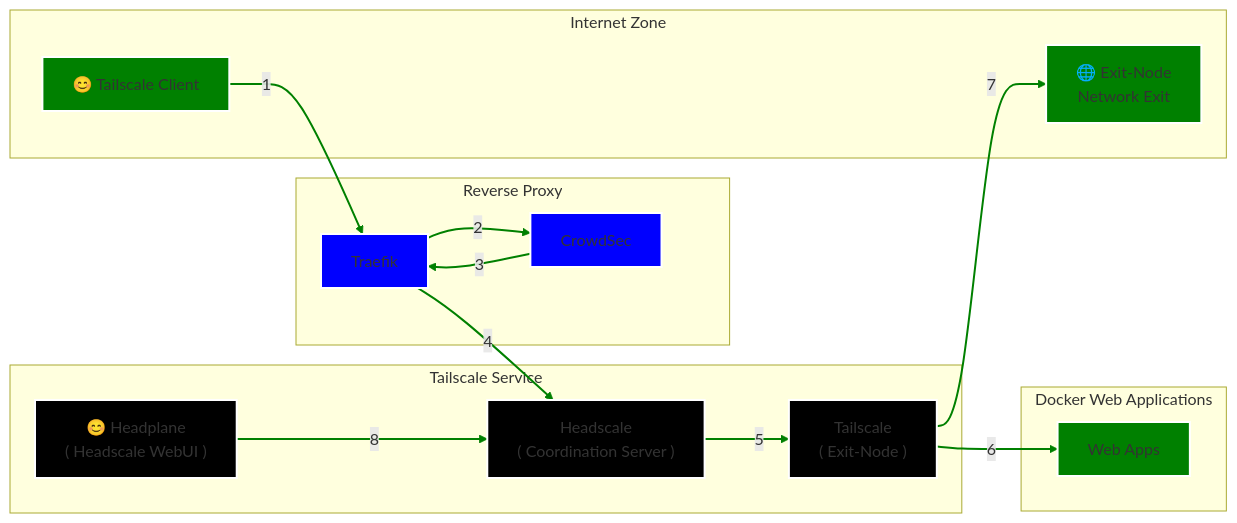
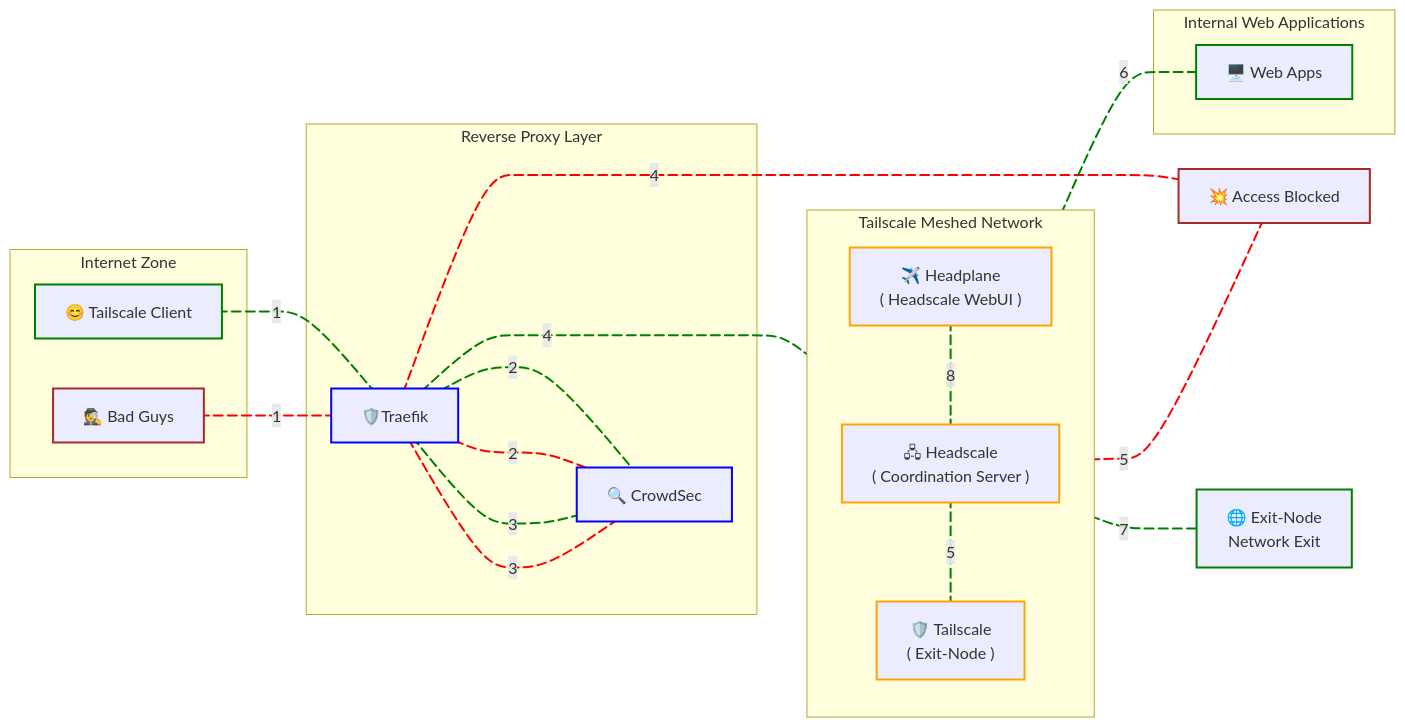
One commit to avnit/mediastack changed the sixth of 6 diagrams in base-working-files/README.md. Above: the diagram before and after it, drawn with Mermaid. The commit also changed other lines of this file and 4 other files, not shown here.

Commit message:
Update network architecture diagrams

````diff
--- a/base-working-files/README.md
+++ b/base-working-files/README.md
@@ -611,52 +830,78 @@
 ``` mermaid
 flowchart LR
-  %% Subgraph: Internet Zone
   subgraph subGraph0["Internet Zone"]
-    goodguy["😊 Tailscale Client"]
-    exit["🌐 Exit-Node<p>Network Exit"]
+    client["😊 Tailscale Client"]
+    badguy["🕵 Bad Guys"]
+  end
+  subgraph subGraph1["Reverse Proxy Layer"]
+    traefik["🛡️Traefik"]
+    crowdsec["🔍 CrowdSec"]
+  end
+  subgraph subGraph2["Tailscale Meshed Network"]
+    traefik    traefik_headscale@    -- 4 ---  headscale
+    headplane  headplane_headscale@  -- 8 ---  headscale
+    direction TB
+    headplane["✈️ Headplane<br>( Headscale WebUI )"]
+    headscale["🖧 Headscale<br>( Coordination Server )"]
+    tailscale["🛡️ Tailscale<br>( Exit-Node )"]
+  end
+  subgraph subGraph3["Internal Web Applications"]
+    headscale
+    webapp["🖥️ Web Apps"]
   end
 
-  %% Subgraph: Reverse Proxy Layer
-  subgraph subGraph1["Reverse Proxy"]
-    crowdsec["CrowdSec"]
-    traefik["Traefik"]
-  end
+  block["💥 Access Blocked"]
+  exit["🌐 Exit-Node<p>Network Exit"]
+  client     client_traefik@       -- 1 ---  traefik
+  badguy     badguy_traefik@       -- 1 ---  traefik
+  traefik    traefik_crowdsec_0@   -- 2 ---- crowdsec
+  traefik    traefik_crowdsec_1@   -- 2 ---- crowdsec
+  crowdsec   crowdsec_traefik_0@   -- 3 ---- traefik
+  crowdsec   crowdsec_traefik_1@   -- 3 ---- traefik
+  traefik    traefik_block@        -- 4 ---  block
+  headscale  headscale_tailscale@  -- 5 ---  tailscale
+  headscale  headscale_block@      -- 5 ---  block
+  tailscale  tailscale_webapp@     -- 6 ---  webapp
+  tailscale  tailscale_exit@       -- 7 ---  exit
+  crowdsec                         ~~~       headplane
 
-  %% Subgraph: Tailscale Service
-  subgraph subGraph2["Tailscale Service"]
-    headscale["Headscale<br>( Coordination Server )"]
-    headplane["😊 Headplane<br>( Headscale WebUI )"]
-    tailscale["Tailscale<br>( Exit-Node )"]
-  end
+  style client     stroke:green,        stroke-width:2px
+  style badguy     stroke:brown,        stroke-width:2px
+  style traefik    stroke:blue,         stroke-width:2px
+  style crowdsec   stroke:blue,         stroke-width:2px
+  style headplane  stroke:orange,       stroke-width:2px
+  style headscale  stroke:orange,       stroke-width:2px
+  style webapp     stroke:green,        stroke-width:2px
+  style block      stroke:brown,        stroke-width:2px
+  style tailscale  stroke:orange,       stroke-width:2px
+  style exit       stroke:green,        stroke-width:2px
 
-  %% Subgraph: Docker Web Applications
-  subgraph subGraph3["Docker Web Applications"]
-    webapp["Web Apps"]
-  end
+  linkStyle 0      stroke:green,        stroke-width:2px
+  linkStyle 1      stroke:green,        stroke-width:2px
+  linkStyle 2      stroke:green,        stroke-width:2px
+  linkStyle 3      stroke:red,          stroke-width:2px
+  linkStyle 4      stroke:green,        stroke-width:2px
+  linkStyle 5      stroke:red,          stroke-width:2px
+  linkStyle 6      stroke:green,        stroke-width:2px
+  linkStyle 7      stroke:red,          stroke-width:2px
+  linkStyle 8      stroke:red,          stroke-width:2px
+  linkStyle 9      stroke:green,        stroke-width:2px
+  linkStyle 10     stroke:red,          stroke-width:2px
+  linkStyle 11     stroke:green,        stroke-width:2px
+  linkStyle 12     stroke:green,        stroke-width:2px
+  linkStyle 13     stroke:transparent
 
-  goodguy -- 1 --> traefik
-  traefik -- 2 --> crowdsec
-  crowdsec -- 3 --> traefik
-  traefik -- 4 --> headscale
-  headscale -- 5 --> tailscale
-  tailscale -- 6 --> webapp
-  tailscale -- 7 --> exit
-  headplane -- 8 ---> headscale
-
-  style goodguy   fill:green, stroke:white,  stroke-width:2px
-  style traefik   fill:blue,  stroke:white,  stroke-width:2px
-  style crowdsec  fill:blue,  stroke:white,  stroke-width:2px
-  style headplane fill:black, stroke:white,  stroke-width:2px
-  style headscale fill:black, stroke:white,  stroke-width:2px
-  style tailscale fill:black, stroke:white,  stroke-width:2px
-  style webapp    fill:green, stroke:white,  stroke-width:2px
-  style exit      fill:green, stroke:white,  stroke-width:2px
-  linkStyle 0 stroke:green,   stroke-width:2px,  fill:none
-  linkStyle 1 stroke:green,   stroke-width:2px,  fill:none
-  linkStyle 2 stroke:green,   stroke-width:2px,  fill:none
-  linkStyle 3 stroke:green,   stroke-width:2px,  fill:none
-  linkStyle 4 stroke:green,   stroke-width:2px,  fill:none
-  linkStyle 5 stroke:green,   stroke-width:2px,  fill:none
-  linkStyle 6 stroke:green,   stroke-width:2px,  fill:none
-  linkStyle 7 stroke:green,   stroke-width:2px,  fill:none
+  client_traefik@{       animation: fast }
+  badguy_traefik@{       animation: slow }
+  traefik_crowdsec_0@{   animation: fast }
+  traefik_crowdsec_1@{   animation: slow }
+  crowdsec_traefik_0@{   animation: fast }
+  crowdsec_traefik_1@{   animation: slow }
+  traefik_headscale@{    animation: fast }
+  traefik_block@{        animation: slow }
+  headplane_headscale@{  animation: fast }
+  headscale_tailscale@{  animation: fast }
+  headscale_block@{      animation: slow }
+  tailscale_webapp@{     animation: fast }
+  tailscale_exit@{       animation: fast }
 ```
````
